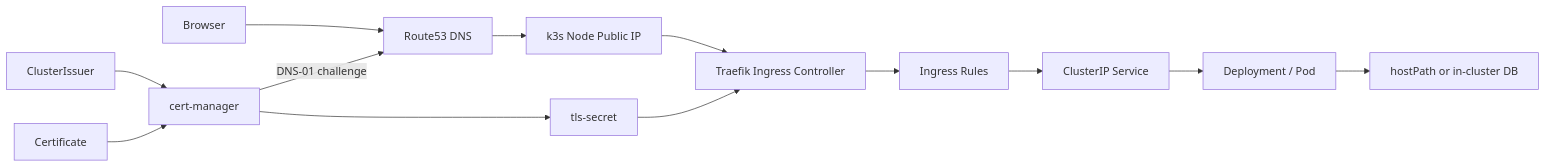
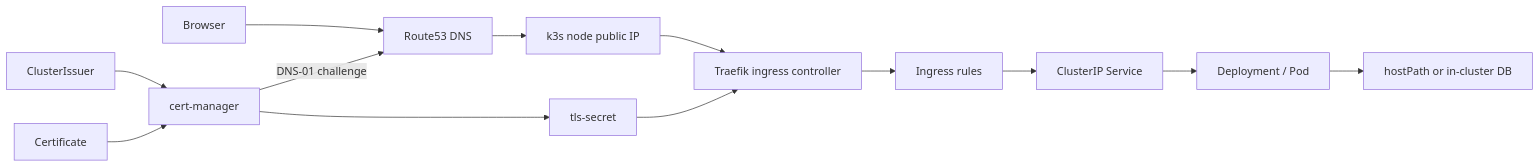
The fourth of 7 diagrams in README.md (bookseal/bit-habit-infra), drawn with Mermaid before and after one commit. The commit also changed other lines of this file and 4 other files, not shown here.

````diff
--- a/README.md
+++ b/README.md
@@ -83,23 +224,23 @@
 ```mermaid
 flowchart LR
     User[Browser]
     R53[Route53 DNS]
-    Node[k3s Node Public IP]
-    Traefik[Traefik Ingress Controller]
-    Ingress[Ingress Rules]
+    Node[k3s node public IP]
+    Traefik[Traefik ingress controller]
+    Ingress[Ingress rules]
     Service[ClusterIP Service]
     Pod[Deployment / Pod]
     Data[hostPath or in-cluster DB]
 
     Issuer[ClusterIssuer]
     Cert[Certificate]
     CM[cert-manager]
     TLS[tls-secret]
 
     User --> R53 --> Node --> Traefik --> Ingress --> Service --> Pod --> Data
 
     Issuer --> CM
     Cert --> CM
     CM -->|DNS-01 challenge| R53
     CM --> TLS --> Traefik
 ```
````
